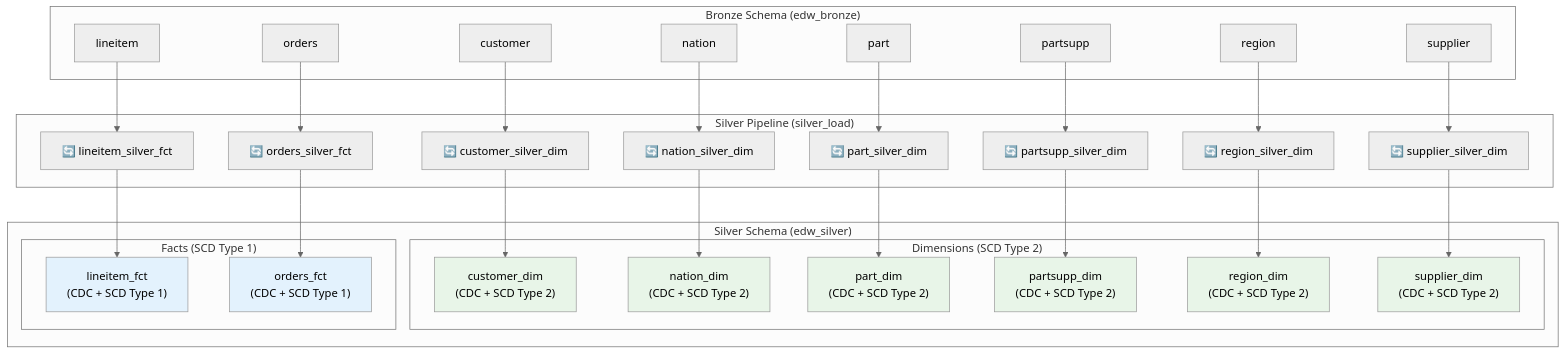
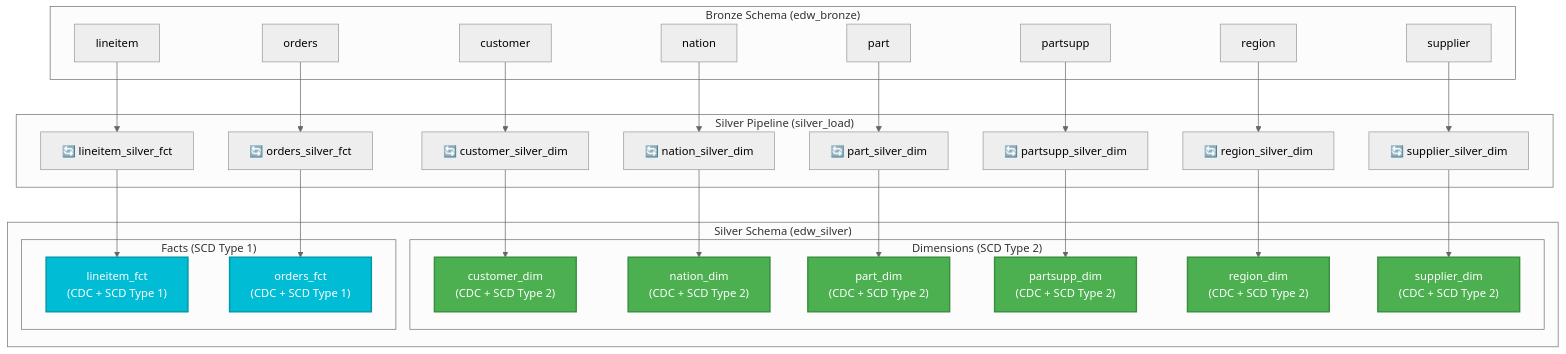
Before and after one commit to Mmodarre/acmi_edw: the fourth of 5 diagrams in README.md, drawn with Mermaid (neutral theme). The commit also changed other lines of this file, not shown here.

````diff
--- a/README.md
+++ b/README.md
@@ -1,61 +206,61 @@
 ```mermaid
 graph TD
     %% Bronze Schema
     subgraph "Bronze Schema (edw_bronze)"
         Customer_Bronze["customer"]
         Lineitem_Bronze["lineitem"]
         Nation_Bronze["nation"]
         Orders_Bronze["orders"]
         Part_Bronze["part"]
         Partsupp_Bronze["partsupp"]
         Region_Bronze["region"]
         Supplier_Bronze["supplier"]
     end
     
     %% Silver Pipeline
     subgraph "Silver Pipeline (silver_load)"
         Customer_Silver_Flow["🔄 customer_silver_dim"]
         Lineitem_Silver_Flow["🔄 lineitem_silver_fct"]
         Nation_Silver_Flow["🔄 nation_silver_dim"]
         Orders_Silver_Flow["🔄 orders_silver_fct"]
         Part_Silver_Flow["🔄 part_silver_dim"]
         Partsupp_Silver_Flow["🔄 partsupp_silver_dim"]
         Region_Silver_Flow["🔄 region_silver_dim"]
         Supplier_Silver_Flow["🔄 supplier_silver_dim"]
     end
     
     %% Silver Schema
     subgraph "Silver Schema (edw_silver)"
         subgraph "Dimensions (SCD Type 2)"
             Customer_Silver["customer_dim<br/>(CDC + SCD Type 2)"]
             Nation_Silver["nation_dim<br/>(CDC + SCD Type 2)"]
             Part_Silver["part_dim<br/>(CDC + SCD Type 2)"]
             Partsupp_Silver["partsupp_dim<br/>(CDC + SCD Type 2)"]
             Region_Silver["region_dim<br/>(CDC + SCD Type 2)"]
             Supplier_Silver["supplier_dim<br/>(CDC + SCD Type 2)"]
         end
         subgraph "Facts (SCD Type 1)"
             Lineitem_Silver["lineitem_fct<br/>(CDC + SCD Type 1)"]
             Orders_Silver["orders_fct<br/>(CDC + SCD Type 1)"]
         end
     end
     
     %% Connections
     Customer_Bronze --> Customer_Silver_Flow --> Customer_Silver
     Lineitem_Bronze --> Lineitem_Silver_Flow --> Lineitem_Silver
     Nation_Bronze --> Nation_Silver_Flow --> Nation_Silver
     Orders_Bronze --> Orders_Silver_Flow --> Orders_Silver
     Part_Bronze --> Part_Silver_Flow --> Part_Silver
     Partsupp_Bronze --> Partsupp_Silver_Flow --> Partsupp_Silver
     Region_Bronze --> Region_Silver_Flow --> Region_Silver
     Supplier_Bronze --> Supplier_Silver_Flow --> Supplier_Silver
     
-    style Customer_Silver fill:#e8f5e8
-    style Nation_Silver fill:#e8f5e8
-    style Part_Silver fill:#e8f5e8
-    style Partsupp_Silver fill:#e8f5e8
-    style Region_Silver fill:#e8f5e8
-    style Supplier_Silver fill:#e8f5e8
-    style Lineitem_Silver fill:#e3f2fd
-    style Orders_Silver fill:#e3f2fd
+    style Customer_Silver fill:#4CAF50,stroke:#388E3C,stroke-width:2px,color:#fff
+    style Nation_Silver fill:#4CAF50,stroke:#388E3C,stroke-width:2px,color:#fff
+    style Part_Silver fill:#4CAF50,stroke:#388E3C,stroke-width:2px,color:#fff
+    style Partsupp_Silver fill:#4CAF50,stroke:#388E3C,stroke-width:2px,color:#fff
+    style Region_Silver fill:#4CAF50,stroke:#388E3C,stroke-width:2px,color:#fff
+    style Supplier_Silver fill:#4CAF50,stroke:#388E3C,stroke-width:2px,color:#fff
+    style Lineitem_Silver fill:#00BCD4,stroke:#0097A7,stroke-width:2px,color:#fff
+    style Orders_Silver fill:#00BCD4,stroke:#0097A7,stroke-width:2px,color:#fff
 ```
````
